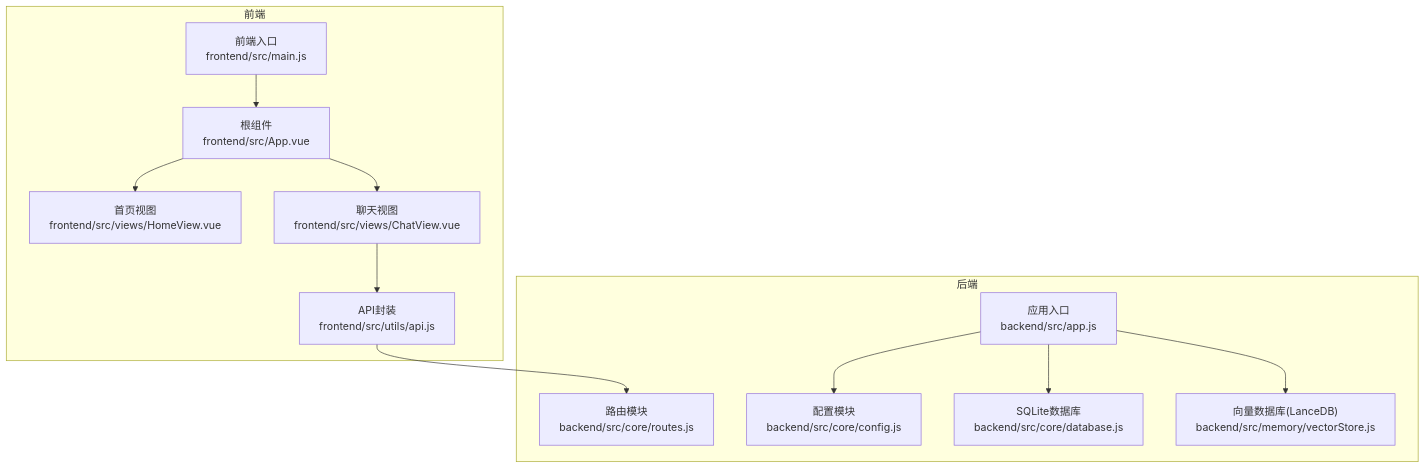
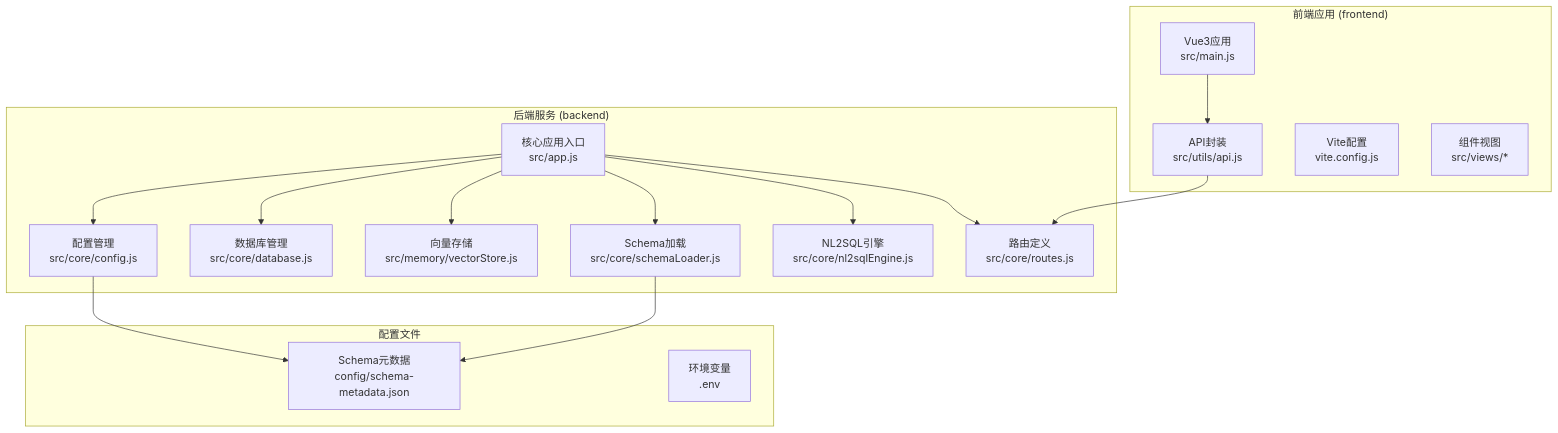
One commit to HanHuiOnLine/724-office changed the first of 4 diagrams in NL2SQL/.qoder/repowiki/zh/content/快速开始.md. Above: the diagram before and after it, drawn with Mermaid. The commit also changed other lines of this file and 200 other files, not shown here.

````diff
--- a/NL2SQL/.qoder/repowiki/zh/content/快速开始.md
+++ b/NL2SQL/.qoder/repowiki/zh/content/快速开始.md
@@ -41,25 +42,32 @@
 ```mermaid
 graph TB
-subgraph "前端"
-FE_Main["前端入口<br/>frontend/src/main.js"]
-FE_App["根组件<br/>frontend/src/App.vue"]
-FE_Home["首页视图<br/>frontend/src/views/HomeView.vue"]
-FE_Chat["聊天视图<br/>frontend/src/views/ChatView.vue"]
-FE_API["API封装<br/>frontend/src/utils/api.js"]
+subgraph "后端服务 (backend)"
+A[核心应用入口<br/>src/app.js]
+B[配置管理<br/>src/core/config.js]
+C[数据库管理<br/>src/core/database.js]
+D[向量存储<br/>src/memory/vectorStore.js]
+E[Schema加载<br/>src/core/schemaLoader.js]
+F[NL2SQL引擎<br/>src/core/nl2sqlEngine.js]
+G[路由定义<br/>src/core/routes.js]
 end
-subgraph "后端"
-BE_App["应用入口<br/>backend/src/app.js"]
-BE_Router["路由模块<br/>backend/src/core/routes.js"]
-BE_Config["配置模块<br/>backend/src/core/config.js"]
-BE_DB["SQLite数据库<br/>backend/src/core/database.js"]
-BE_VDB["向量数据库(LanceDB)<br/>backend/src/memory/vectorStore.js"]
+subgraph "前端应用 (frontend)"
+H[Vue3应用<br/>src/main.js]
+I[API封装<br/>src/utils/api.js]
+J[Vite配置<br/>vite.config.js]
+K[组件视图<br/>src/views/*]
 end
-FE_Main --> FE_App
-FE_App --> FE_Home
-FE_App --> FE_Chat
-FE_Chat --> FE_API
-FE_API --> BE_Router
-BE_App --> BE_Config
-BE_App --> BE_DB
-BE_App --> BE_VDB
+subgraph "配置文件"
+L[Schema元数据<br/>config/schema-metadata.json]
+M[环境变量<br/>.env]
+end
+A --> B
+A --> C
+A --> D
+A --> E
+A --> F
+A --> G
+H --> I
+I --> G
+B --> L
+E --> L
 ```
````
